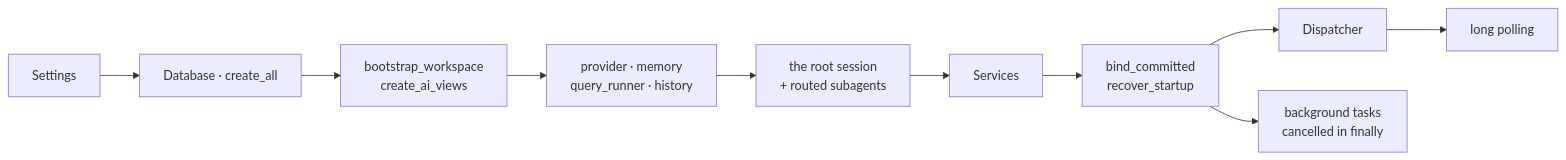
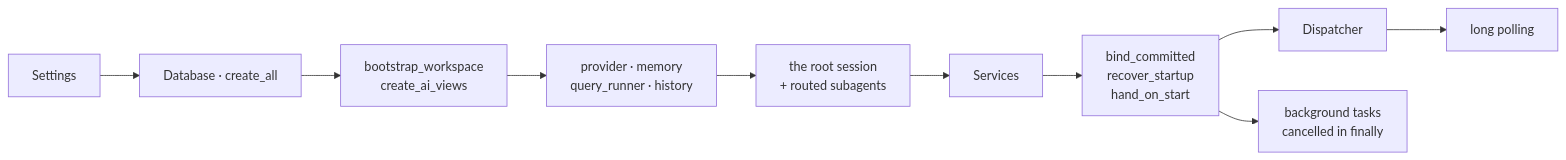
The second of 13 diagrams in docs/AGENT_ARCH.md (myvaheed/tg-ai-safwa), drawn with Mermaid before and after one commit. The commit also changed other lines of this file and 44 other files, not shown here.

````diff
--- a/docs/AGENT_ARCH.md
+++ b/docs/AGENT_ARCH.md
@@ -63,12 +63,12 @@
 ```mermaid
 flowchart LR
     S["Settings"] --> DB["Database · create_all"]
     DB --> BOOT["bootstrap_workspace<br/>create_ai_views"]
     BOOT --> INFRA["provider · memory<br/>query_runner · history"]
     INFRA --> ADV["the root session<br/>+ routed subagents"]
     ADV --> SV["Services"]
-    SV --> BIND["bind_committed<br/>recover_startup"]
+    SV --> BIND["bind_committed<br/>recover_startup<br/>hand_on_start"]
     BIND --> DP["Dispatcher"]
     DP --> POLL["long polling"]
     BIND --> BG["background tasks<br/>cancelled in finally"]
 ```
````
